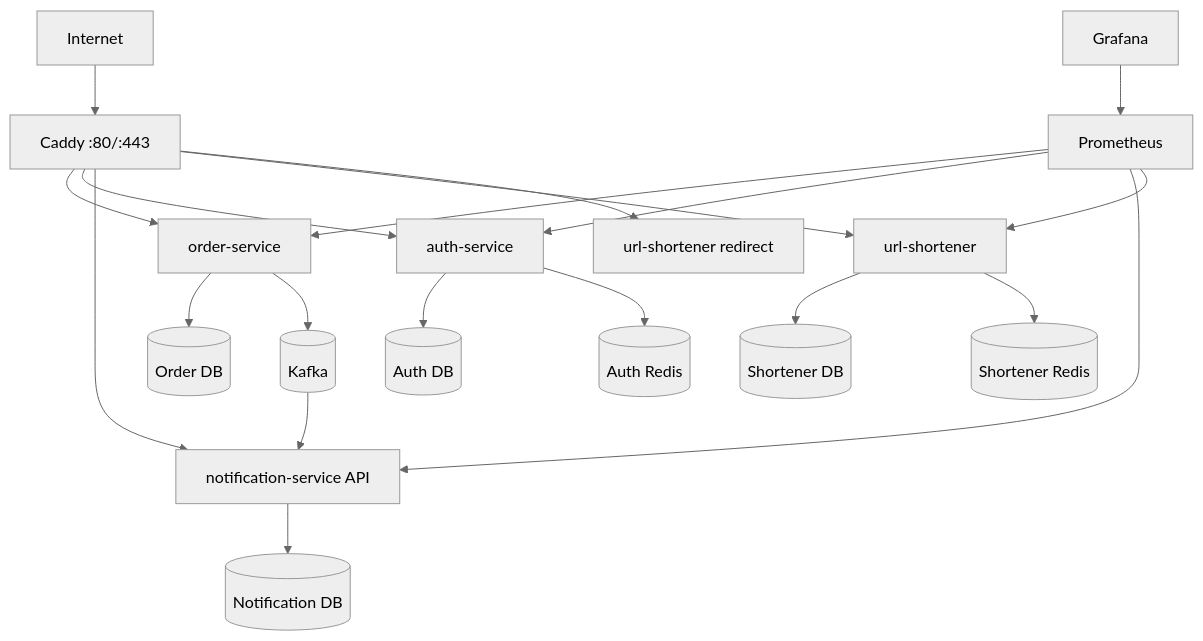
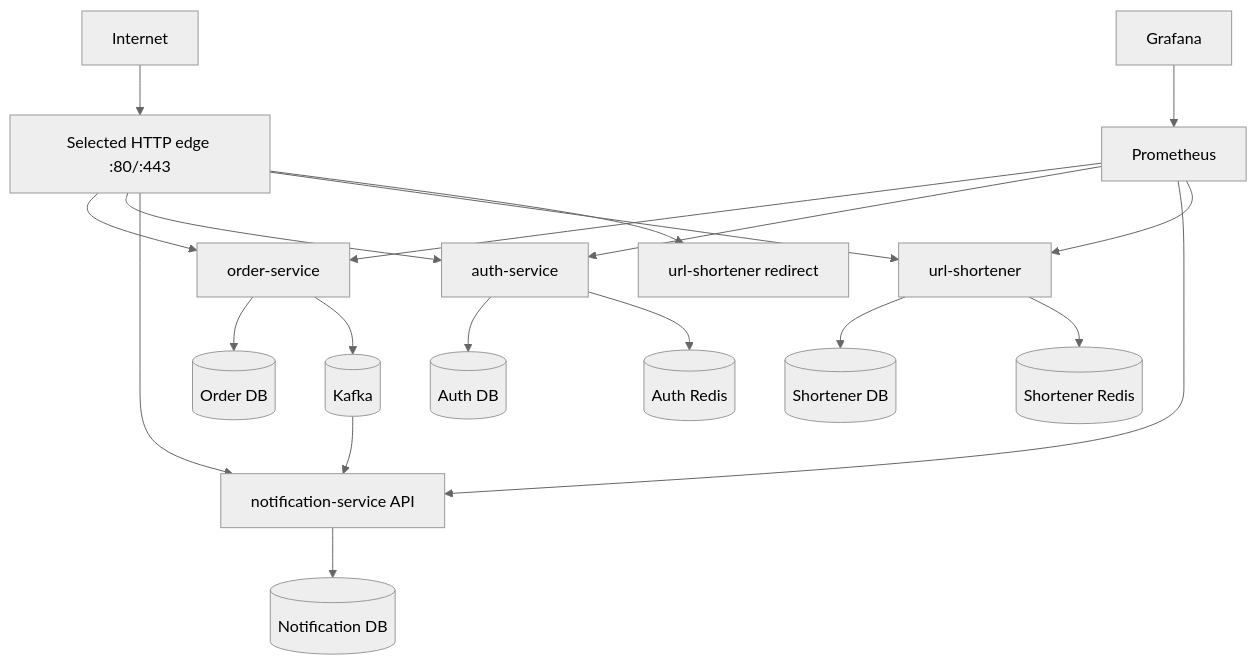
The diagram in docs/architecture.md (Officialsayp/zolotoy-dev-infra), drawn with Mermaid (neutral theme) before and after one commit. The commit also changed other lines of this file and 33 other files, not shown here.

````diff
--- a/docs/architecture.md
+++ b/docs/architecture.md
@@ -9,24 +9,24 @@
 ```mermaid
 flowchart TB
-    Internet --> C[Caddy :80/:443]
+    Internet --> C[Selected HTTP edge :80/:443]
     C --> O[order-service]
     C --> A[auth-service]
     C --> N[notification-service API]
     C --> S[url-shortener]
     C --> SR[url-shortener redirect]
 
     O --> OP[(Order DB)]
     O --> K[(Kafka)]
     A --> AP[(Auth DB)]
     A --> AR[(Auth Redis)]
     K --> N
     N --> NP[(Notification DB)]
     S --> SP[(Shortener DB)]
     S --> RR[(Shortener Redis)]
 
     P[Prometheus] --> O
     P --> A
     P --> N
     P --> S
     G[Grafana] --> P
 ```
````
